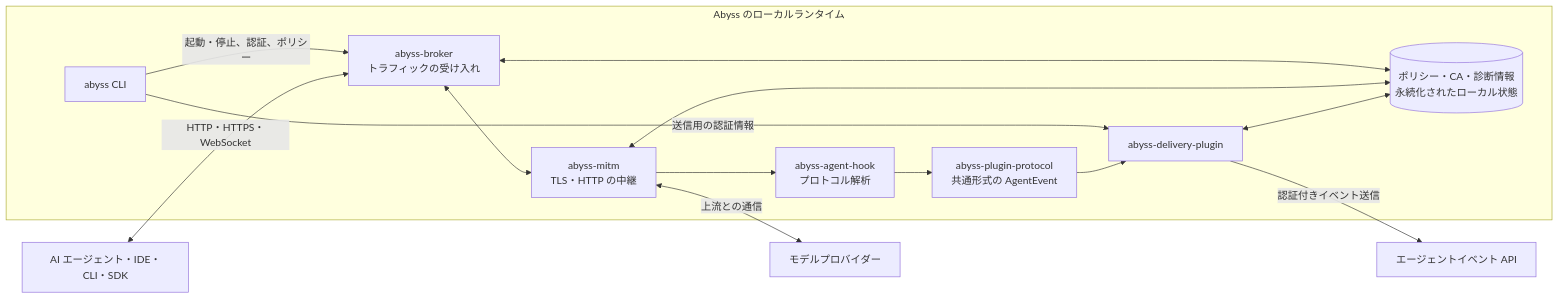
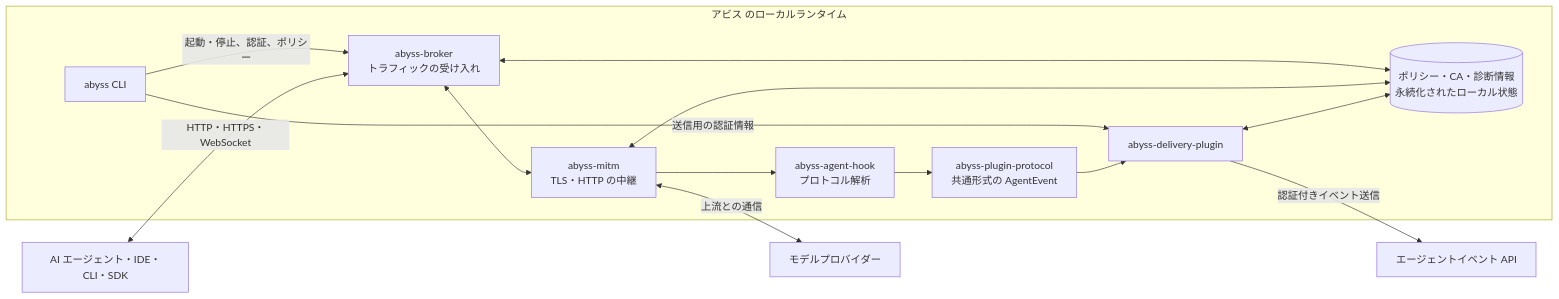
Before and after one commit to lexmount/abyss-rs: the diagram in README.ja.md, drawn with Mermaid. The commit also changed other lines of this file and 1 other file, not shown here.

Commit message:
Use the Japanese Abyss name in the localized README (#94)

````diff
--- a/README.ja.md
+++ b/README.ja.md
@@ -97,36 +97,36 @@
 ```mermaid
 ---
 config:
   layout: dagre
   flowchart:
     curve: basis
 ---
 flowchart LR
     Agent[AI エージェント・IDE・CLI・SDK]
     Provider[モデルプロバイダー]
     EventAPI[エージェントイベント API]
 
-    subgraph Endpoint[Abyss のローカルランタイム]
+    subgraph Endpoint[アビス のローカルランタイム]
         CLI[abyss CLI]
         Ingress[abyss-broker<br/>トラフィックの受け入れ]
         MITM[abyss-mitm<br/>TLS・HTTP の中継]
         Hook[abyss-agent-hook<br/>プロトコル解析]
         Protocol[abyss-plugin-protocol<br/>共通形式の AgentEvent]
         Delivery[abyss-delivery-plugin]
         State[(ポリシー・CA・診断情報<br/>永続化されたローカル状態)]
 
         CLI -->|起動・停止、認証、ポリシー| Ingress
         CLI -->|送信用の認証情報| Delivery
         Ingress <--> MITM
         MITM --> Hook
         Hook --> Protocol
         Protocol --> Delivery
         Ingress <--> State
         MITM <--> State
         Delivery <--> State
     end
 
     Agent <-->|HTTP・HTTPS・WebSocket| Ingress
     MITM <-->|上流との通信| Provider
     Delivery -->|認証付きイベント送信| EventAPI
 ```
````
